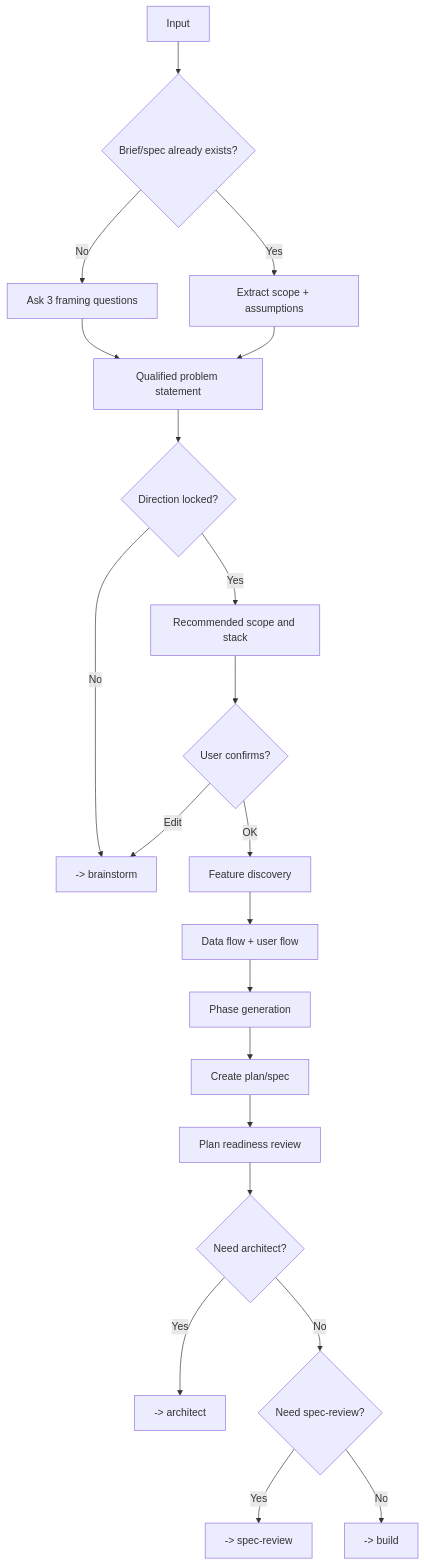
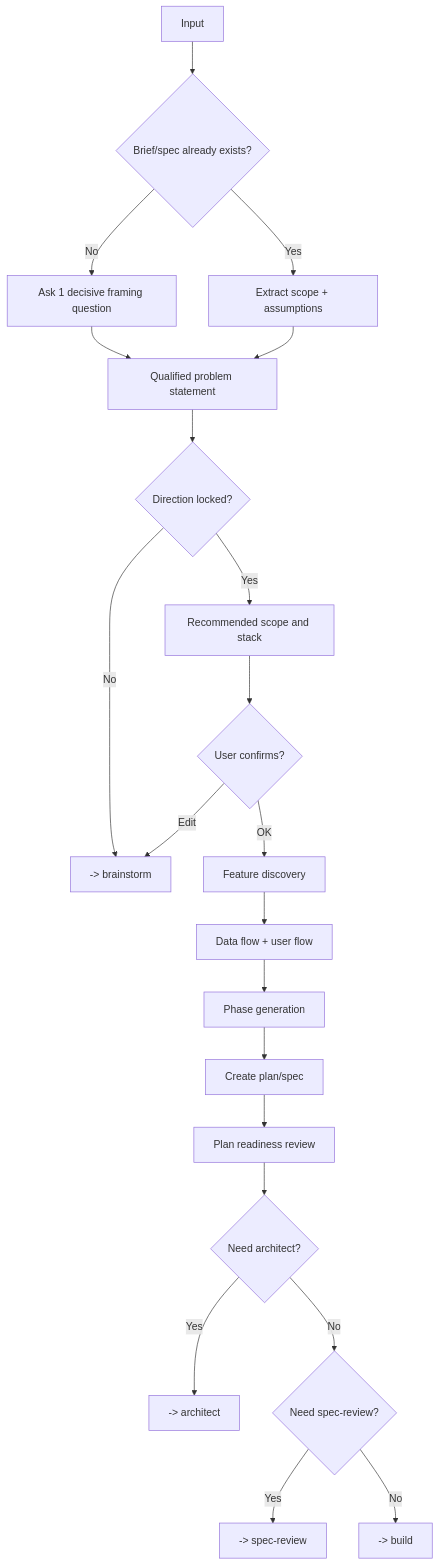
Before and after one commit to nguyenphat57/forge: the diagram in packages/forge-core/workflows/design/plan.md, drawn with Mermaid. The commit also changed other lines of this file and 68 other files, not shown here.

````diff
--- a/packages/forge-core/workflows/design/plan.md
+++ b/packages/forge-core/workflows/design/plan.md
@@ -42,23 +42,23 @@
 ```mermaid
 flowchart TD
     A[Input] --> B{Brief/spec already exists?}
     B -->|Yes| C[Extract scope + assumptions]
-    B -->|No| D[Ask 3 framing questions]
+    B -->|No| D[Ask 1 decisive framing question]
     D --> E[Qualified problem statement]
     C --> E
     E --> F{Direction locked?}
     F -->|No| G[-> brainstorm]
     F -->|Yes| H[Recommended scope and stack]
     H --> I{User confirms?}
     I -->|Edit| G
     I -->|OK| J[Feature discovery]
     J --> K[Data flow + user flow]
     K --> L[Phase generation]
     L --> M[Create plan/spec]
     M --> N[Plan readiness review]
     N --> O{Need architect?}
     O -->|Yes| P[-> architect]
     O -->|No| Q{Need spec-review?}
     Q -->|Yes| R[-> spec-review]
     Q -->|No| S[-> build]
 ```
````
